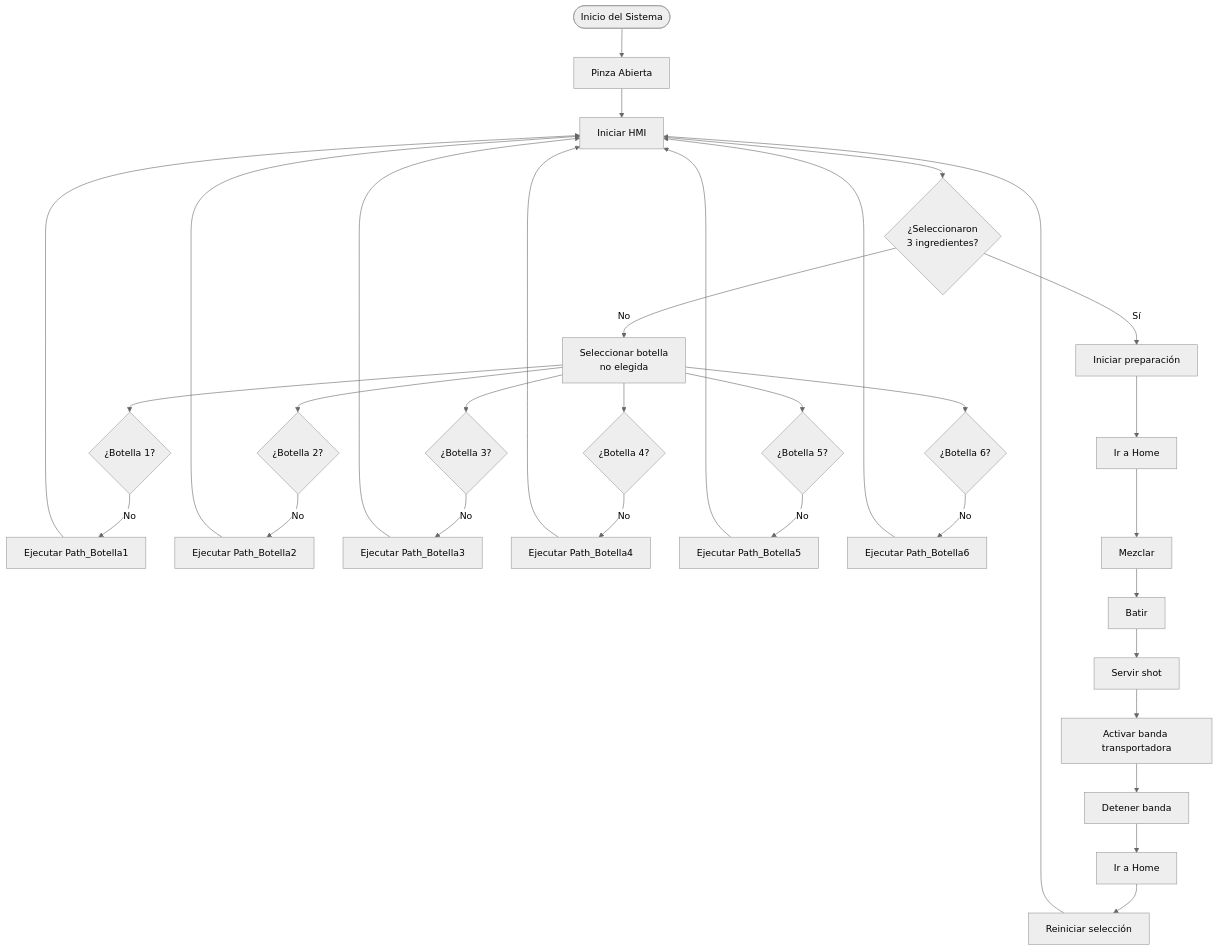
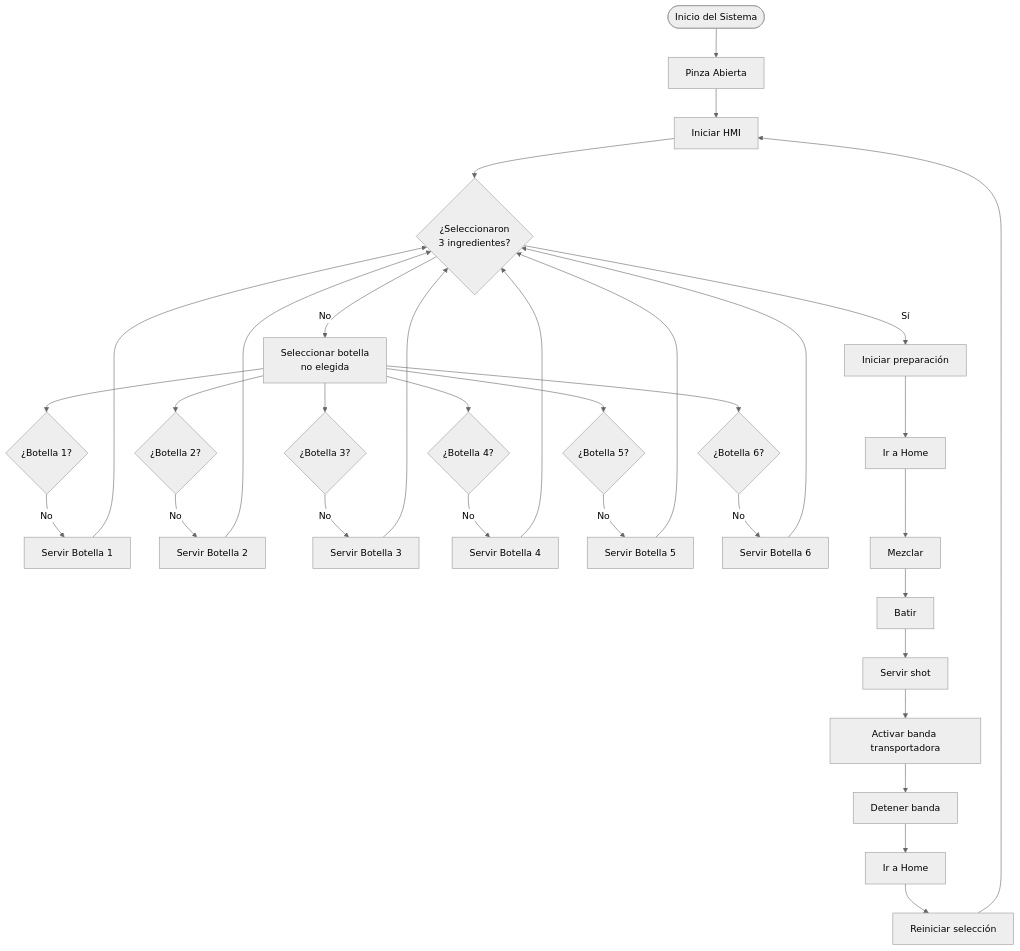
The diagram in README.md (jotavo21/ProyectoRoboticaAbel2025_2), drawn with Mermaid (neutral theme) before and after one commit.

````diff
--- a/README.md
+++ b/README.md
@@ -21,46 +21,46 @@
 ```mermaid
 flowchart TD
     A([Inicio del Sistema]) --> B[Pinza Abierta]
     B --> C[Iniciar HMI]
 
     C --> D{¿Seleccionaron<br>3 ingredientes?}
 
     D -- No --> E[Seleccionar botella<br>no elegida]
 
     E --> F1{¿Botella 1?}
     E --> G1{¿Botella 2?}
     E --> H1{¿Botella 3?}
     E --> I1{¿Botella 4?}
     E --> J1{¿Botella 5?}
     E --> K1{¿Botella 6?}
 
-    F1 -- No --> F2[Ejecutar Path_Botella1]
-    G1 -- No --> G2[Ejecutar Path_Botella2]
-    H1 -- No --> H2[Ejecutar Path_Botella3]
-    I1 -- No --> I2[Ejecutar Path_Botella4]
-    J1 -- No --> J2[Ejecutar Path_Botella5]
-    K1 -- No --> K2[Ejecutar Path_Botella6]
+    F1 -- No --> F2[Servir Botella 1]
+    G1 -- No --> G2[Servir Botella 2]
+    H1 -- No --> H2[Servir Botella 3]
+    I1 -- No --> I2[Servir Botella 4]
+    J1 -- No --> J2[Servir Botella 5]
+    K1 -- No --> K2[Servir Botella 6]
 
-    F2 --> C
-    G2 --> C
-    H2 --> C
-    I2 --> C
-    J2 --> C
-    K2 --> C
+    F2 --> D
+    G2 --> D
+    H2 --> D
+    I2 --> D
+    J2 --> D
+    K2 --> D
 
     D -- Sí --> L[Iniciar preparación]
 
     L --> M[Ir a Home]
     M --> N[Mezclar]
     N --> O[Batir]
     O --> P[Servir shot]
 
     P --> Q[Activar banda transportadora]
     Q --> R[Detener banda]
     R --> S[Ir a Home]
 
     S --> T[Reiniciar selección]
     T --> C
 
 
 ```
````
